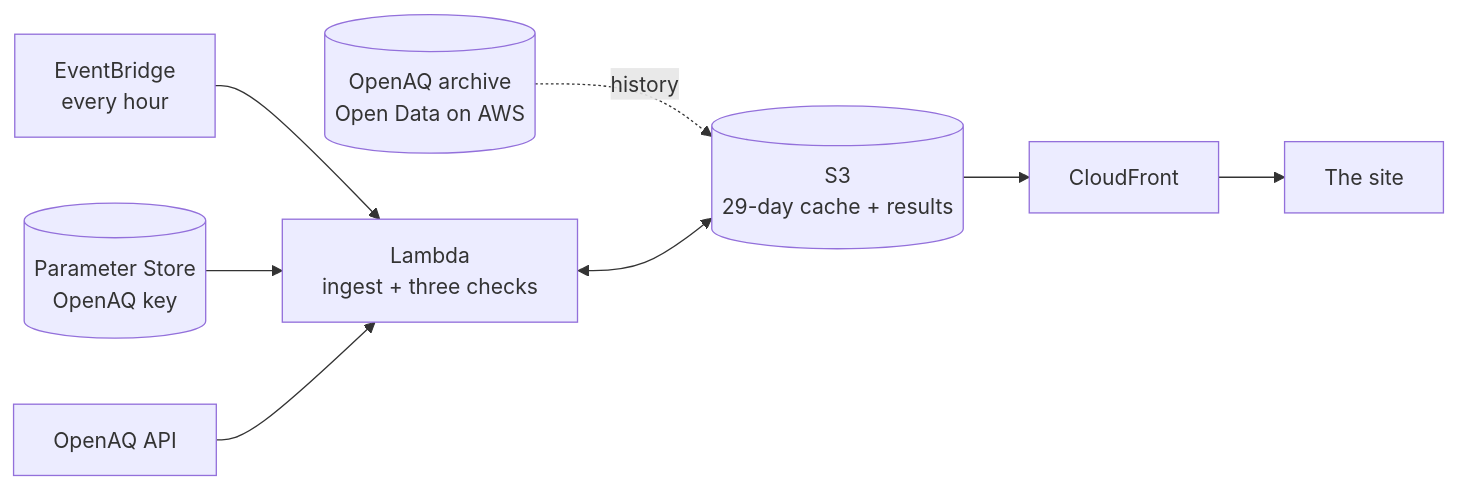
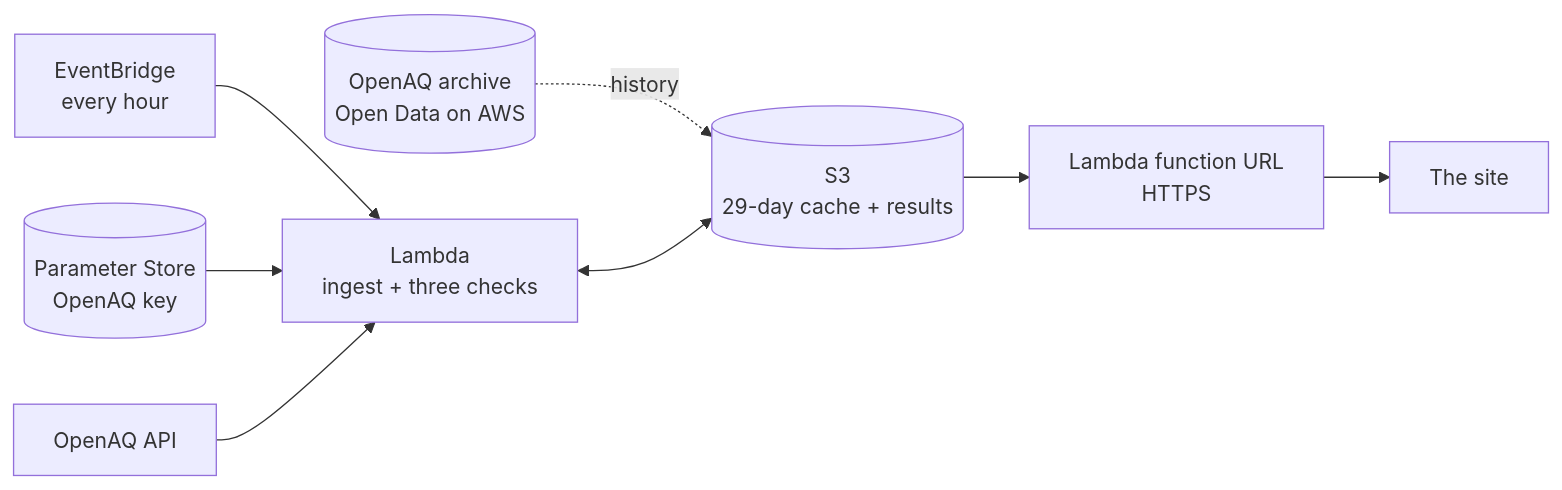
One commit to thegoodengineers/ground-truth changed the diagram in README.md. Above: the diagram before and after it, drawn with Mermaid. The commit also changed other lines of this file and 5 other files, not shown here.

First line of the commit message:
CloudWatch dashboard for the whole system; site says what really serves it

````diff
--- a/README.md
+++ b/README.md
@@ -52,9 +52,9 @@
 ```mermaid
 flowchart LR
   EB[EventBridge<br/>every hour] --> L[Lambda<br/>ingest + three checks]
   SSM[(Parameter Store<br/>OpenAQ key)] --> L
   API[OpenAQ API] --> L
   ARCH[(OpenAQ archive<br/>Open Data on AWS)] -. history .-> S3
   L <--> S3[(S3<br/>29-day cache + results)]
-  S3 --> CF[CloudFront] --> U[The site]
+  S3 --> FN[Lambda function URL<br/>HTTPS] --> U[The site]
 ```
````
